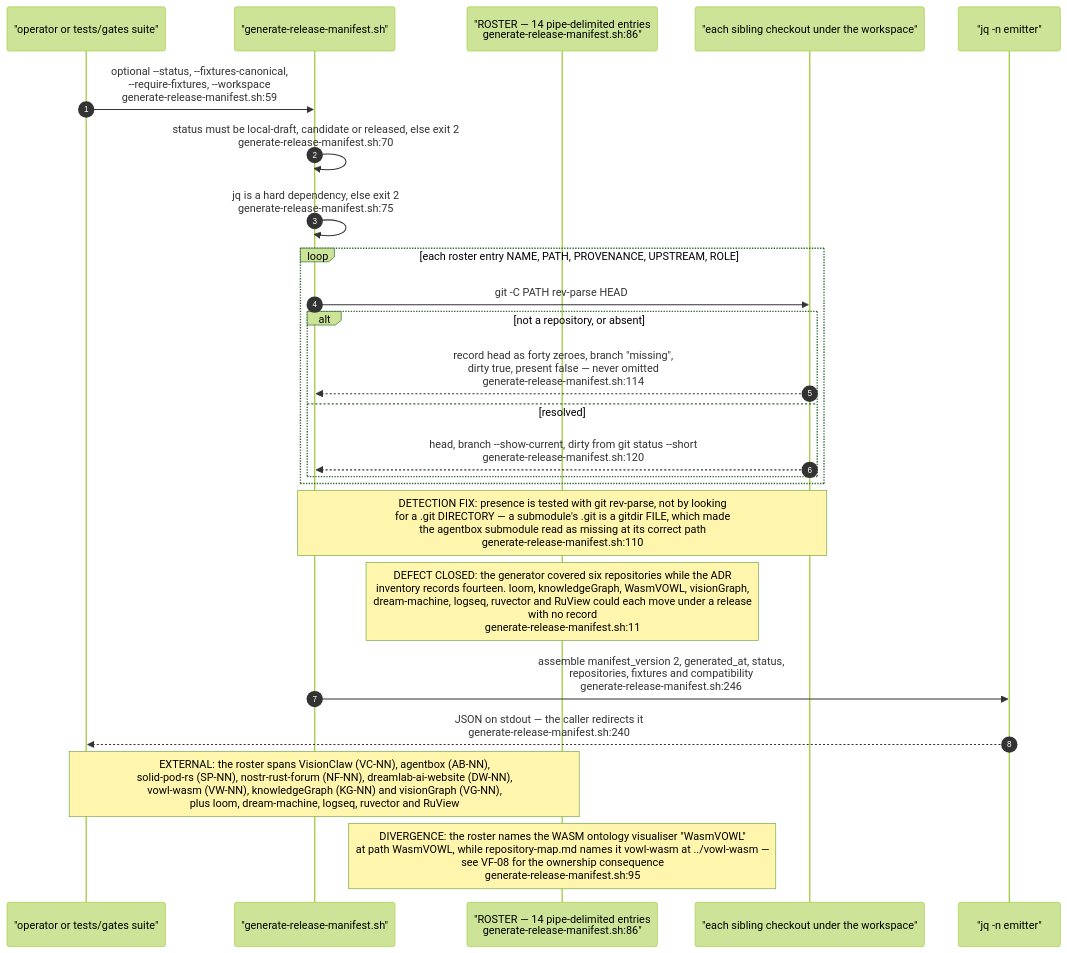
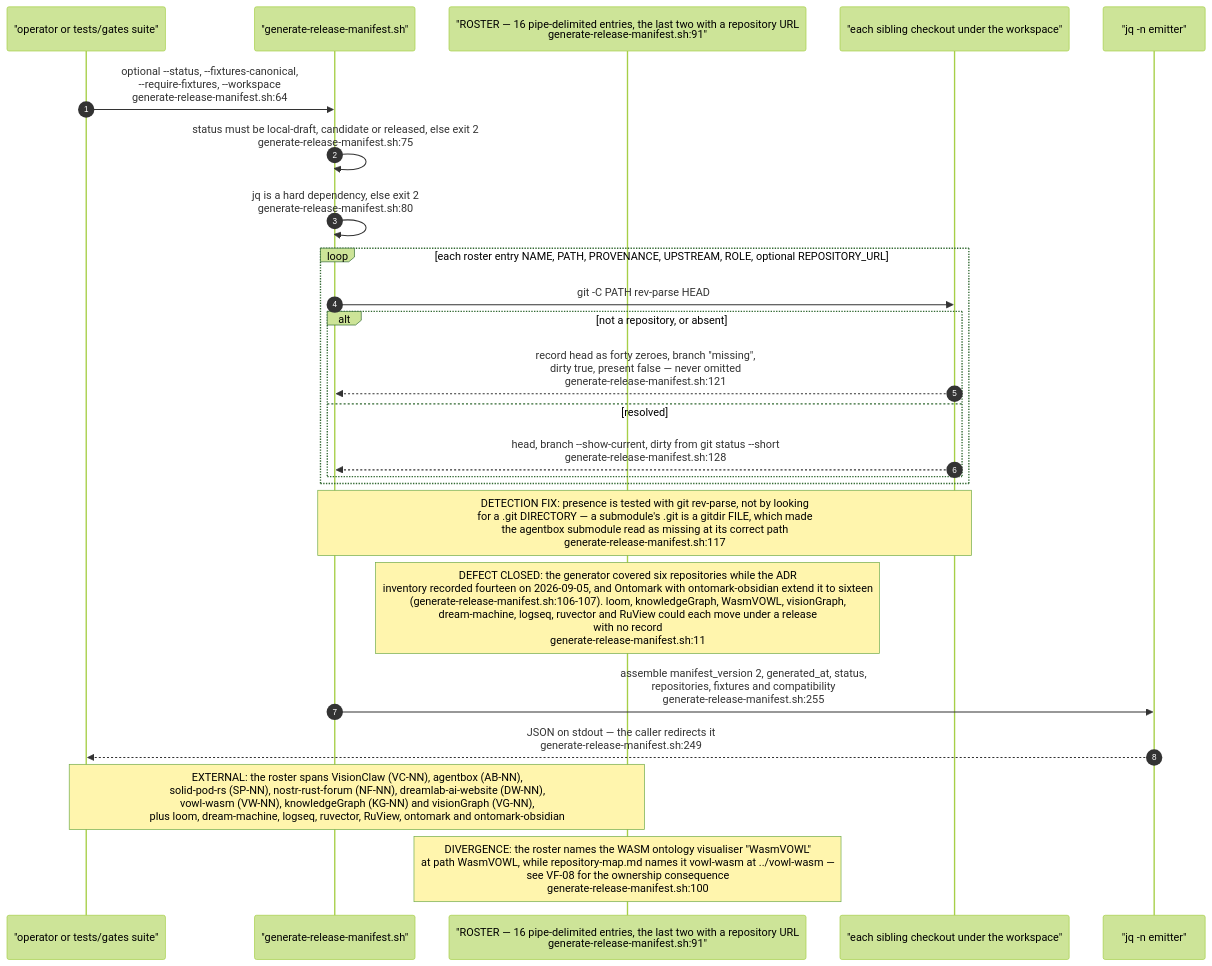
The second of 11 diagrams in docs/diagrams/visionflow/07-pitch-presentation-reports.md (DreamLab-AI/VisionFlow), drawn with Mermaid (forest theme) before and after one commit. The commit also changed other lines of this file and 80 other files, not shown here.

First line of the commit message:
docs(diagrams): re-verify the agentbox, dreamlab, estate and visionflow corpus against current sources

````diff
--- a/docs/diagrams/visionflow/07-pitch-presentation-reports.md
+++ b/docs/diagrams/visionflow/07-pitch-presentation-reports.md
@@ -81,32 +81,32 @@
 ```mermaid
 sequenceDiagram
     autonumber
     participant OP as "operator or tests/gates suite"
     participant G as "generate-release-manifest.sh"
-    participant RO as "ROSTER — 14 pipe-delimited entries<br/>generate-release-manifest.sh:86"
+    participant RO as "ROSTER — 16 pipe-delimited entries, the last two with a repository URL<br/>generate-release-manifest.sh:91"
     participant GIT as "each sibling checkout under the workspace"
     participant JQ as "jq -n emitter"
 
-    OP->>G: optional --status, --fixtures-canonical,<br/>--require-fixtures, --workspace<br/>generate-release-manifest.sh:59
-    G->>G: status must be local-draft, candidate or released, else exit 2<br/>generate-release-manifest.sh:70
-    G->>G: jq is a hard dependency, else exit 2<br/>generate-release-manifest.sh:75
+    OP->>G: optional --status, --fixtures-canonical,<br/>--require-fixtures, --workspace<br/>generate-release-manifest.sh:64
+    G->>G: status must be local-draft, candidate or released, else exit 2<br/>generate-release-manifest.sh:75
+    G->>G: jq is a hard dependency, else exit 2<br/>generate-release-manifest.sh:80
 
-    loop each roster entry NAME, PATH, PROVENANCE, UPSTREAM, ROLE
+    loop each roster entry NAME, PATH, PROVENANCE, UPSTREAM, ROLE, optional REPOSITORY_URL
         G->>GIT: git -C PATH rev-parse HEAD
         alt not a repository, or absent
-            GIT-->>G: record head as forty zeroes, branch "missing",<br/>dirty true, present false — never omitted<br/>generate-release-manifest.sh:114
+            GIT-->>G: record head as forty zeroes, branch "missing",<br/>dirty true, present false — never omitted<br/>generate-release-manifest.sh:121
         else resolved
-            GIT-->>G: head, branch --show-current, dirty from git status --short<br/>generate-release-manifest.sh:120
+            GIT-->>G: head, branch --show-current, dirty from git status --short<br/>generate-release-manifest.sh:128
         end
     end
 
-    Note over G,GIT: DETECTION FIX: presence is tested with git rev-parse, not by looking<br/>for a .git DIRECTORY — a submodule's .git is a gitdir FILE, which made<br/>the agentbox submodule read as missing at its correct path<br/>generate-release-manifest.sh:110
+    Note over G,GIT: DETECTION FIX: presence is tested with git rev-parse, not by looking<br/>for a .git DIRECTORY — a submodule's .git is a gitdir FILE, which made<br/>the agentbox submodule read as missing at its correct path<br/>generate-release-manifest.sh:117
 
-    Note over RO: DEFECT CLOSED: the generator covered six repositories while the ADR<br/>inventory records fourteen. loom, knowledgeGraph, WasmVOWL, visionGraph,<br/>dream-machine, logseq, ruvector and RuView could each move under a release<br/>with no record<br/>generate-release-manifest.sh:11
+    Note over RO: DEFECT CLOSED: the generator covered six repositories while the ADR<br/>inventory recorded fourteen on 2026-09-05, and Ontomark with ontomark-obsidian extend it to sixteen<br/>(generate-release-manifest.sh:106-107). loom, knowledgeGraph, WasmVOWL, visionGraph,<br/>dream-machine, logseq, ruvector and RuView could each move under a release<br/>with no record<br/>generate-release-manifest.sh:11
 
-    G->>JQ: assemble manifest_version 2, generated_at, status,<br/>repositories, fixtures and compatibility<br/>generate-release-manifest.sh:246
-    JQ-->>OP: JSON on stdout — the caller redirects it<br/>generate-release-manifest.sh:240
+    G->>JQ: assemble manifest_version 2, generated_at, status,<br/>repositories, fixtures and compatibility<br/>generate-release-manifest.sh:255
+    JQ-->>OP: JSON on stdout — the caller redirects it<br/>generate-release-manifest.sh:249
 
-    Note over OP,RO: EXTERNAL: the roster spans VisionClaw (VC-NN), agentbox (AB-NN),<br/>solid-pod-rs (SP-NN), nostr-rust-forum (NF-NN), dreamlab-ai-website (DW-NN),<br/>vowl-wasm (VW-NN), knowledgeGraph (KG-NN) and visionGraph (VG-NN),<br/>plus loom, dream-machine, logseq, ruvector and RuView
-    Note over RO: DIVERGENCE: the roster names the WASM ontology visualiser "WasmVOWL"<br/>at path WasmVOWL, while repository-map.md names it vowl-wasm at ../vowl-wasm —<br/>see VF-08 for the ownership consequence<br/>generate-release-manifest.sh:95
+    Note over OP,RO: EXTERNAL: the roster spans VisionClaw (VC-NN), agentbox (AB-NN),<br/>solid-pod-rs (SP-NN), nostr-rust-forum (NF-NN), dreamlab-ai-website (DW-NN),<br/>vowl-wasm (VW-NN), knowledgeGraph (KG-NN) and visionGraph (VG-NN),<br/>plus loom, dream-machine, logseq, ruvector, RuView, ontomark and ontomark-obsidian
+    Note over RO: DIVERGENCE: the roster names the WASM ontology visualiser "WasmVOWL"<br/>at path WasmVOWL, while repository-map.md names it vowl-wasm at ../vowl-wasm —<br/>see VF-08 for the ownership consequence<br/>generate-release-manifest.sh:100
 ```
````
